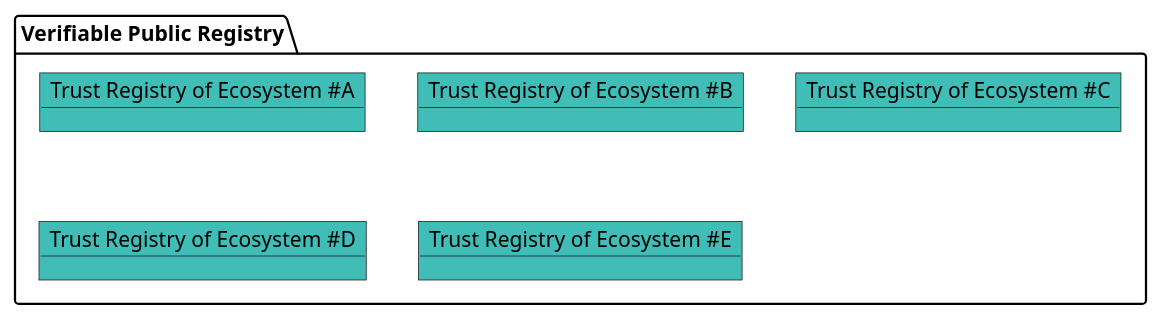
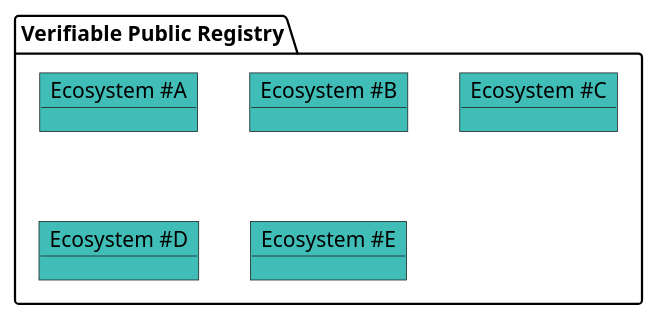
The first of 6 diagrams in spec.md (verana-labs/verifiable-trust-spec), drawn with PlantUML before and after one commit. The commit also changed other lines of this file and 4 other files, not shown here.

````diff
--- a/spec.md
+++ b/spec.md
@@ -273,31 +279,31 @@
 ```plantuml
 
 @startuml
 scale max 800 width
  
 package "Verifiable Public Registry" as vpr {
 
-    object "Trust Registry of Ecosystem #A" as tra #3fbdb6 {
+    object "Ecosystem #A" as tra #3fbdb6 {
     }
 
-    object "Trust Registry of Ecosystem #B" as trb #3fbdb6 {
+    object "Ecosystem #B" as trb #3fbdb6 {
 
     }
 
-    object "Trust Registry of Ecosystem #C" as trc #3fbdb6 {
+    object "Ecosystem #C" as trc #3fbdb6 {
 
     }
 
-    object "Trust Registry of Ecosystem #D" as trd #3fbdb6 {
+    object "Ecosystem #D" as trd #3fbdb6 {
 
     }
-    object "Trust Registry of Ecosystem #E" as tre #3fbdb6 {
+    object "Ecosystem #E" as tre #3fbdb6 {
 
     }
     
    
 }
 
 @enduml
 
 ```
````
